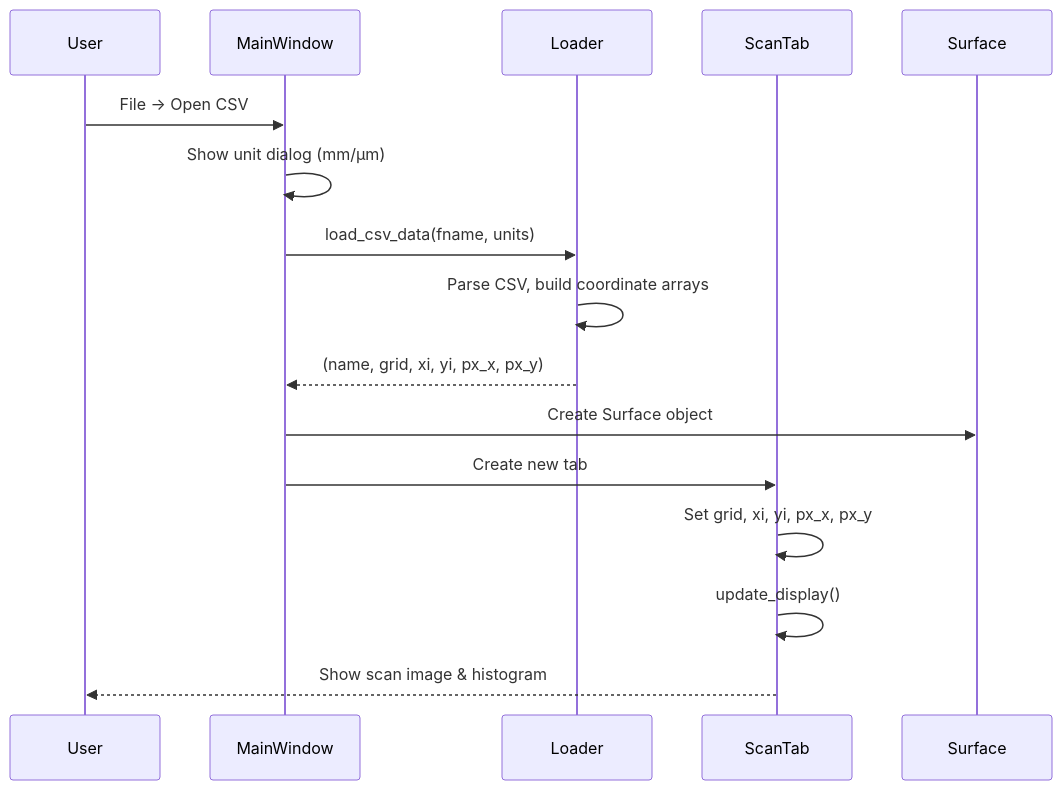
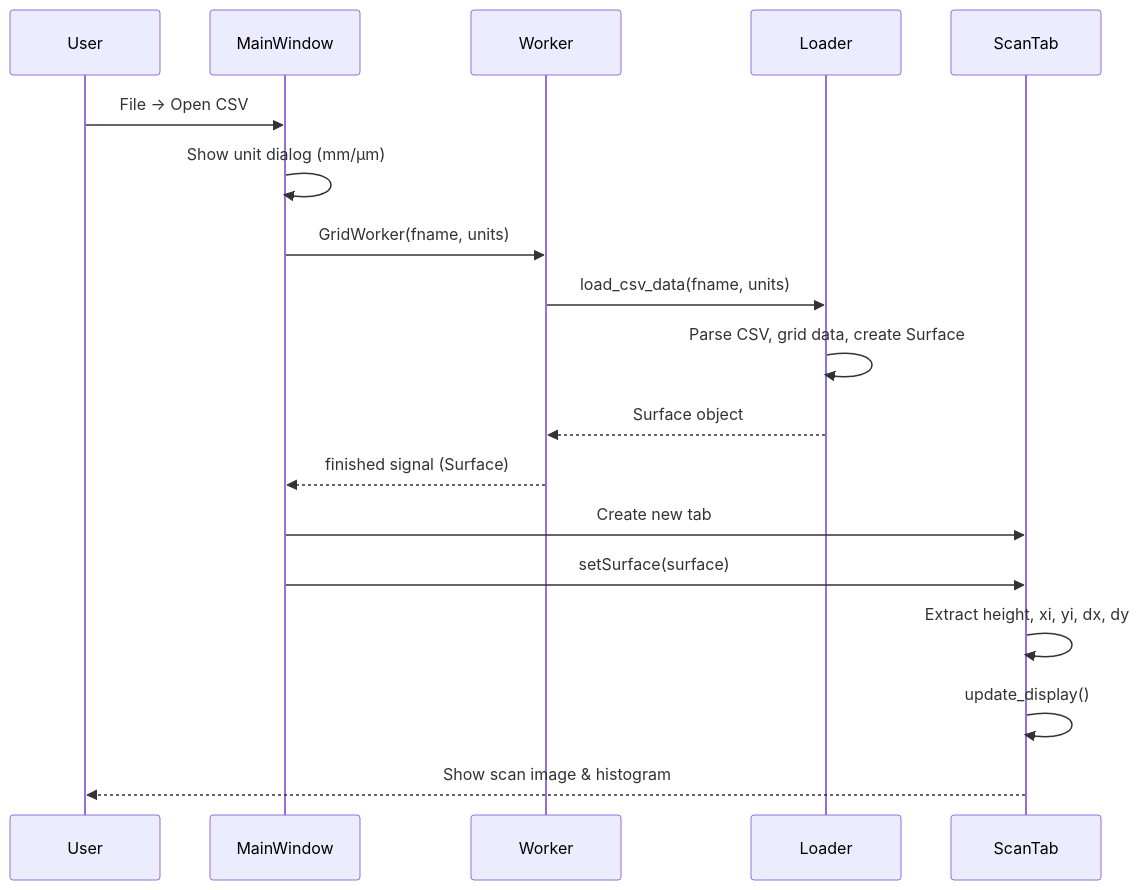
One commit to iitis/frasta changed the second of 4 diagrams in ARCHITECTURE.md. Above: the diagram before and after it, drawn with Mermaid. The commit also changed other lines of this file and 11 other files, not shown here.

````diff
--- a/ARCHITECTURE.md
+++ b/ARCHITECTURE.md
@@ -338,19 +342,21 @@
 ```mermaid
 sequenceDiagram
     participant User
     participant MainWindow
+    participant Worker
     participant Loader
     participant ScanTab
-    participant Surface
     
     User->>MainWindow: File → Open CSV
     MainWindow->>MainWindow: Show unit dialog (mm/μm)
-    MainWindow->>Loader: load_csv_data(fname, units)
-    Loader->>Loader: Parse CSV, build coordinate arrays
-    Loader-->>MainWindow: (name, grid, xi, yi, px_x, px_y)
-    MainWindow->>Surface: Create Surface object
+    MainWindow->>Worker: GridWorker(fname, units)
+    Worker->>Loader: load_csv_data(fname, units)
+    Loader->>Loader: Parse CSV, grid data, create Surface
+    Loader-->>Worker: Surface object
+    Worker-->>MainWindow: finished signal (Surface)
     MainWindow->>ScanTab: Create new tab
-    ScanTab->>ScanTab: Set grid, xi, yi, px_x, px_y
+    MainWindow->>ScanTab: setSurface(surface)
+    ScanTab->>ScanTab: Extract height, xi, yi, dx, dy
     ScanTab->>ScanTab: update_display()
     ScanTab-->>User: Show scan image & histogram
 ```
````
